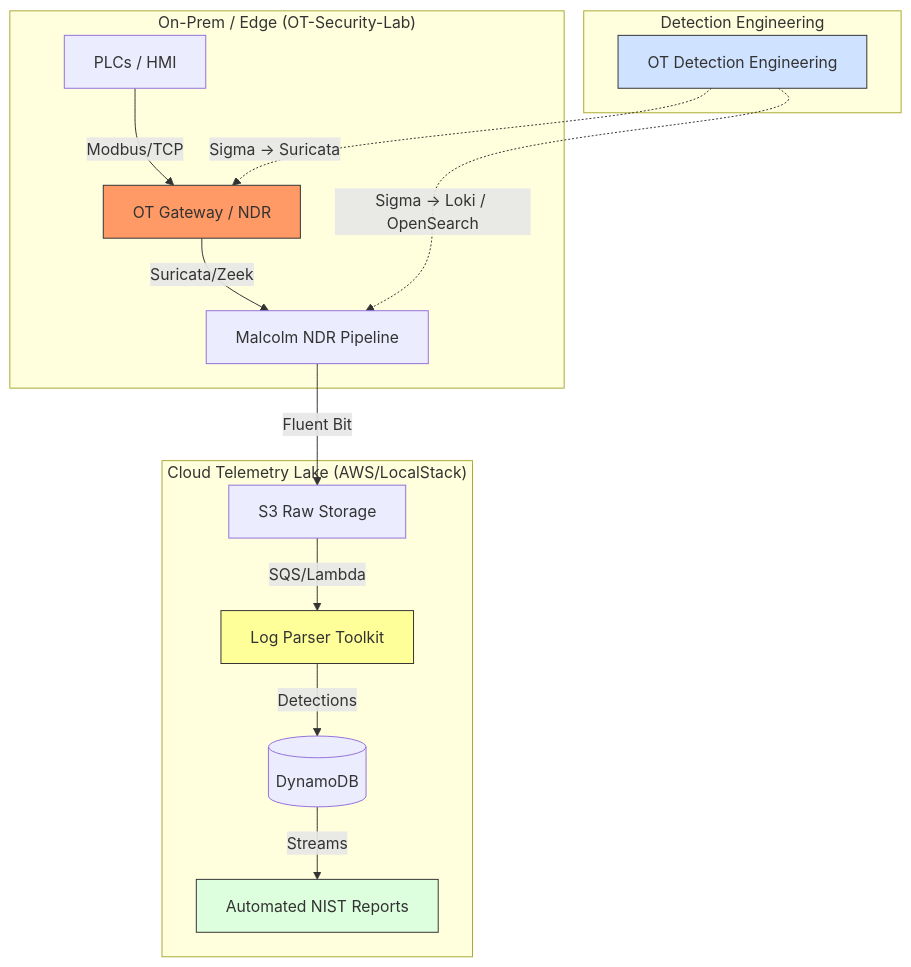
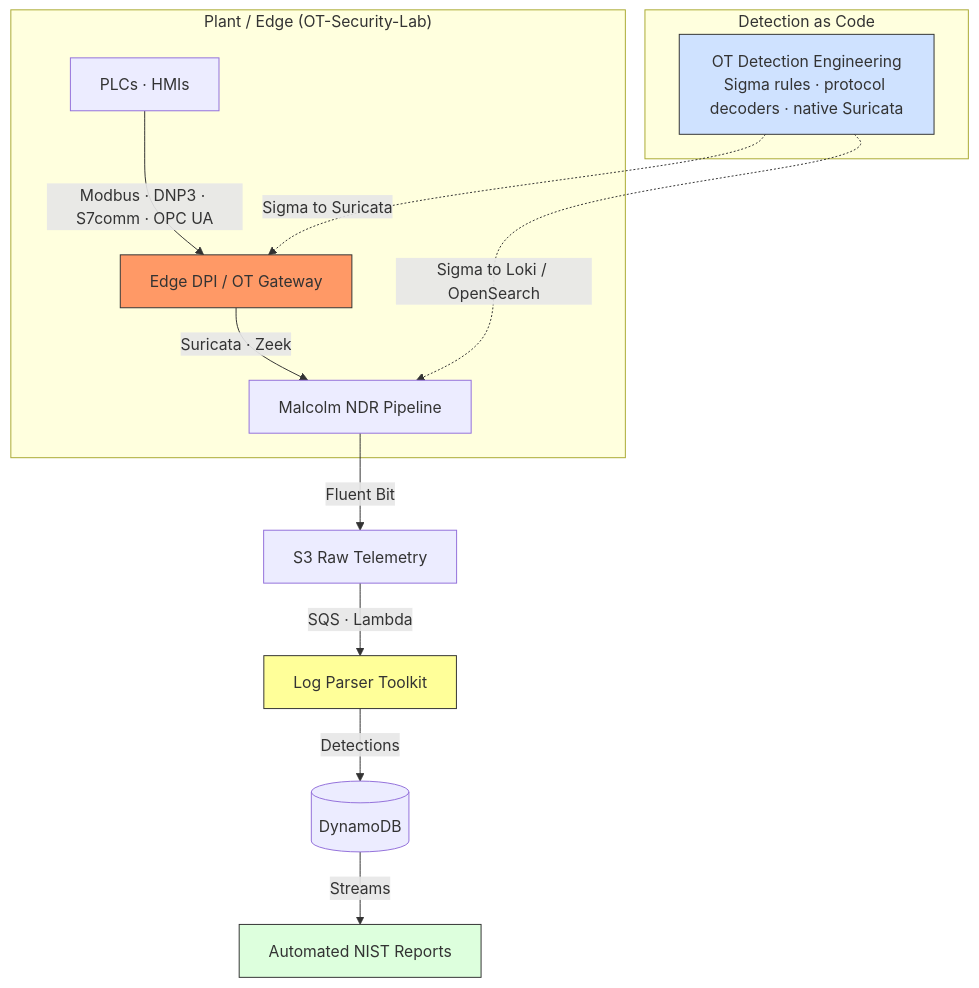
One commit to LiamCarPer/LiamCarPer changed the diagram in README.md. Above: the diagram before and after it, drawn with Mermaid. The commit also changed other lines of this file, not shown here.

Commit message:
Reframe profile for OT Detection Engineer roles

````diff
--- a/README.md
+++ b/README.md
@@ -17,25 +17,23 @@
 ```mermaid
 graph TD
-    subgraph "On-Prem / Edge (OT-Security-Lab)"
-        PLC[PLCs / HMI] -->|Modbus/TCP| GW[OT Gateway / NDR]
-        GW -->|Suricata/Zeek| ML[Malcolm NDR Pipeline]
+    subgraph "Detection as Code"
+        DE[OT Detection Engineering<br/>Sigma rules · protocol decoders · native Suricata]
     end
 
-    subgraph "Detection Engineering"
-        DE[OT Detection Engineering]
-        DE -.->|Sigma → Suricata| GW
-        DE -.->|Sigma → Loki / OpenSearch| ML
+    subgraph "Plant / Edge (OT-Security-Lab)"
+        PLC[PLCs · HMIs] -->|Modbus · DNP3 · S7comm · OPC UA| GW[Edge DPI / OT Gateway]
+        GW -->|Suricata · Zeek| ML[Malcolm NDR Pipeline]
     end
 
-    subgraph "Cloud Telemetry Lake (AWS/LocalStack)"
-        ML -->|Fluent Bit| S3[S3 Raw Storage]
-        S3 -->|SQS/Lambda| LP[Log Parser Toolkit]
-        LP -->|Detections| DDB[(DynamoDB)]
-        DDB -->|Streams| IR[Automated NIST Reports]
-    end
+    DE -.->|Sigma to Suricata| GW
+    DE -.->|Sigma to Loki / OpenSearch| ML
+    ML -->|Fluent Bit| S3[S3 Raw Telemetry]
+    S3 -->|SQS · Lambda| LP[Log Parser Toolkit]
+    LP -->|Detections| DDB[(DynamoDB)]
+    DDB -->|Streams| IR[Automated NIST Reports]
 
+    style DE fill:#cfe2ff,stroke:#333
     style GW fill:#f96,stroke:#333
-    style DE fill:#cfe2ff,stroke:#333
     style LP fill:#ff9,stroke:#333
     style IR fill:#dfd,stroke:#333
 ```
````
